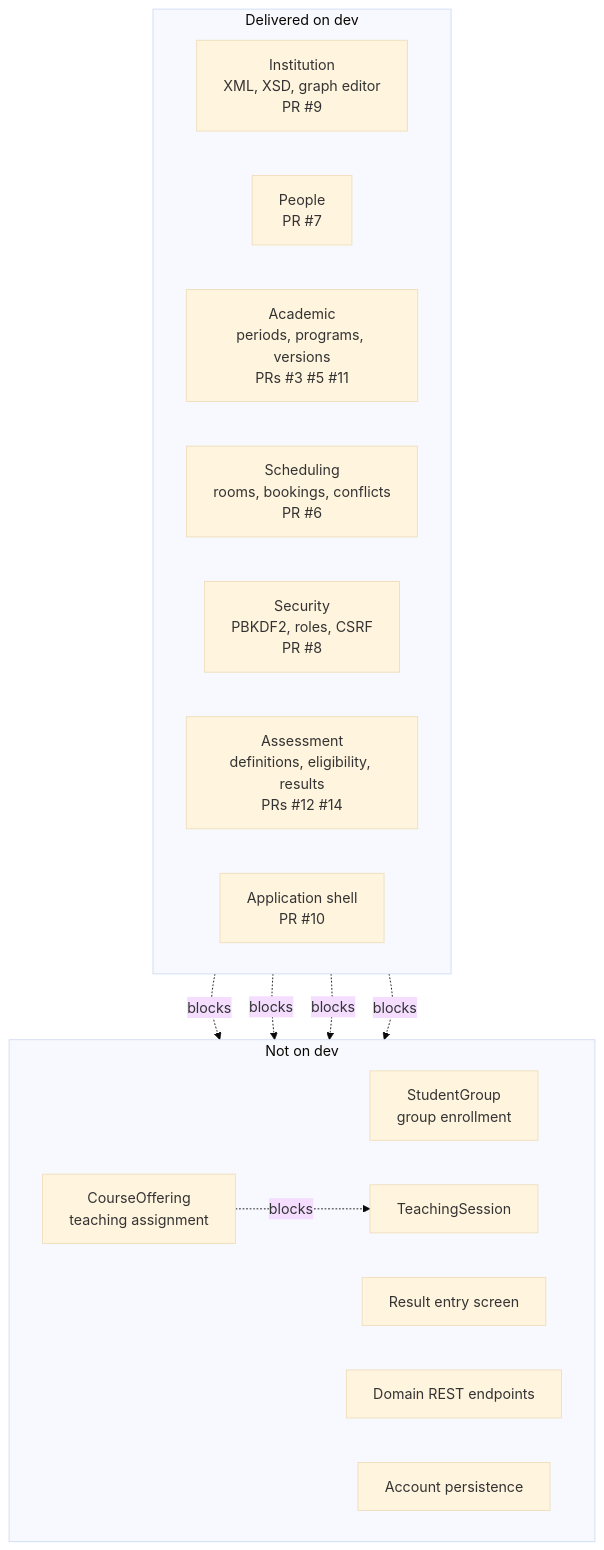
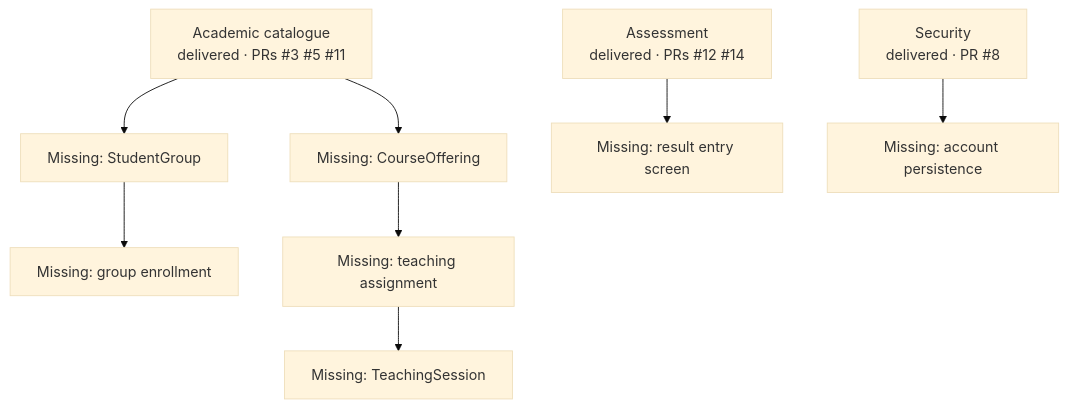
Before and after one commit to DEV-L3-MISA-2026/DESS: the fourth of 5 diagrams in docs/phase-1-history.md, drawn with Mermaid (base theme). The commit also changed other lines of this file, not shown here.

Commit message:
docs: redraw the phase 1 commit chart and dependency graph

````diff
--- a/docs/phase-1-history.md
+++ b/docs/phase-1-history.md
@@ -74,29 +81,14 @@
 ```mermaid
-flowchart TB
-    subgraph Delivered["Delivered on dev"]
-        direction LR
-        I["Institution<br/>XML, XSD, graph editor<br/>PR #9"]
-        P["People<br/>PR #7"]
-        A["Academic<br/>periods, programs, versions<br/>PRs #3 #5 #11"]
-        S["Scheduling<br/>rooms, bookings, conflicts<br/>PR #6"]
-        SEC["Security<br/>PBKDF2, roles, CSRF<br/>PR #8"]
-        AS["Assessment<br/>definitions, eligibility, results<br/>PRs #12 #14"]
-        W["Application shell<br/>PR #10"]
-    end
+flowchart TD
+    AC["Academic catalogue<br/>delivered · PRs #3 #5 #11"]
+    AS["Assessment<br/>delivered · PRs #12 #14"]
+    SE["Security<br/>delivered · PR #8"]
 
-    subgraph Missing["Not on dev"]
-        direction LR
-        G["StudentGroup<br/>group enrollment"]
-        O["CourseOffering<br/>teaching assignment"]
-        T["TeachingSession"]
-        RR["Result entry screen"]
-        API["Domain REST endpoints"]
-        ACC["Account persistence"]
-    end
-
-    A -.->|"blocks"| G
-    A -.->|"blocks"| O
-    O -.->|"blocks"| T
-    AS -.->|"blocks"| RR
-    SEC -.->|"blocks"| ACC
+    AC --> G["Missing: StudentGroup"]
+    G --> GE["Missing: group enrollment"]
+    AC --> CO["Missing: CourseOffering"]
+    CO --> TA["Missing: teaching assignment"]
+    TA --> TS["Missing: TeachingSession"]
+    AS --> RE["Missing: result entry screen"]
+    SE --> AP["Missing: account persistence"]
 ```
````
